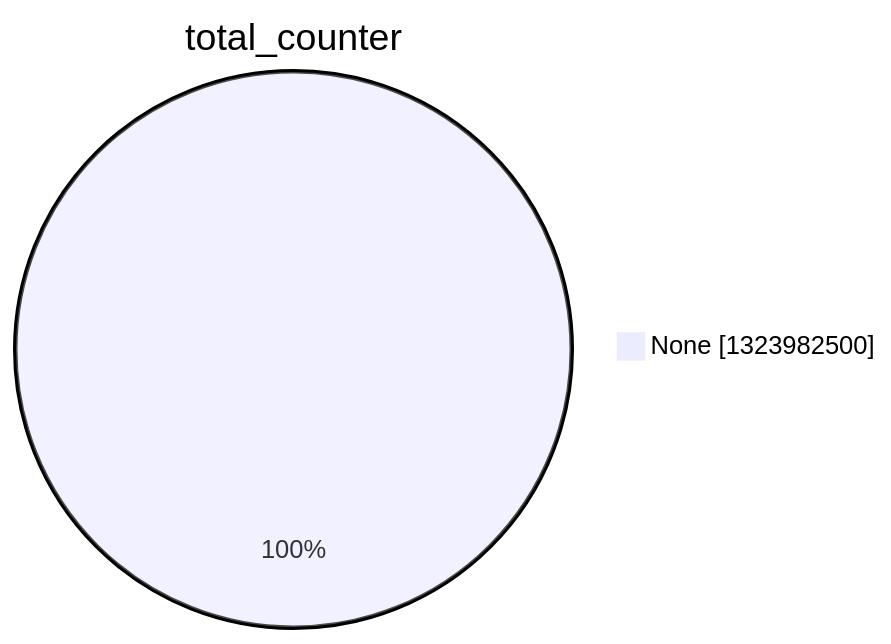
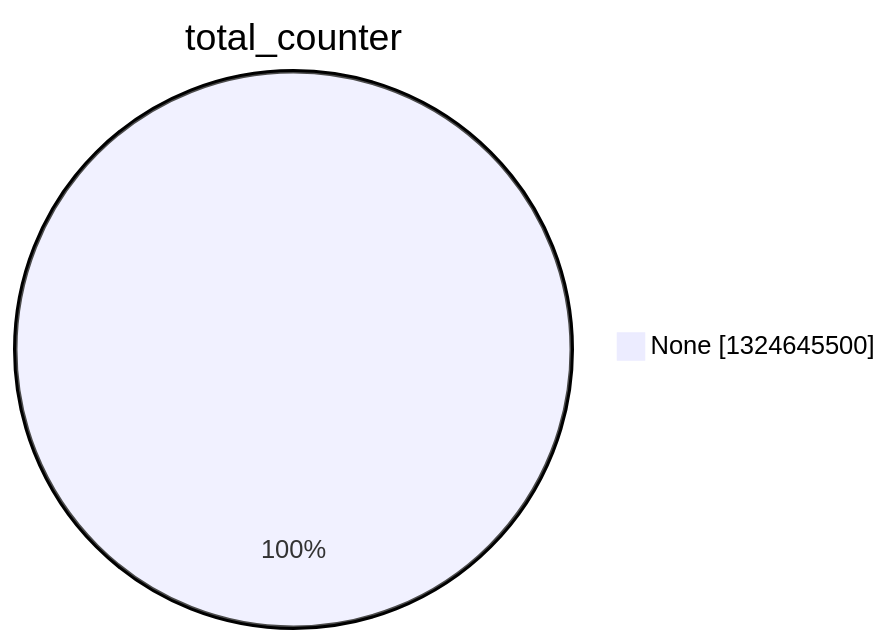
Before and after one commit to christiankrug/ctmonitor_visualization: the second of 15 diagrams in argon2022/README.md, drawn with Mermaid. The commit also changed other lines of this file, not shown here.

````diff
--- a/argon2022/README.md
+++ b/argon2022/README.md
@@ -9,5 +9,5 @@
 ```mermaid
 pie showData
 title total_counter
-"None" :1323982500
+"None" :1324645500
 ```
````
